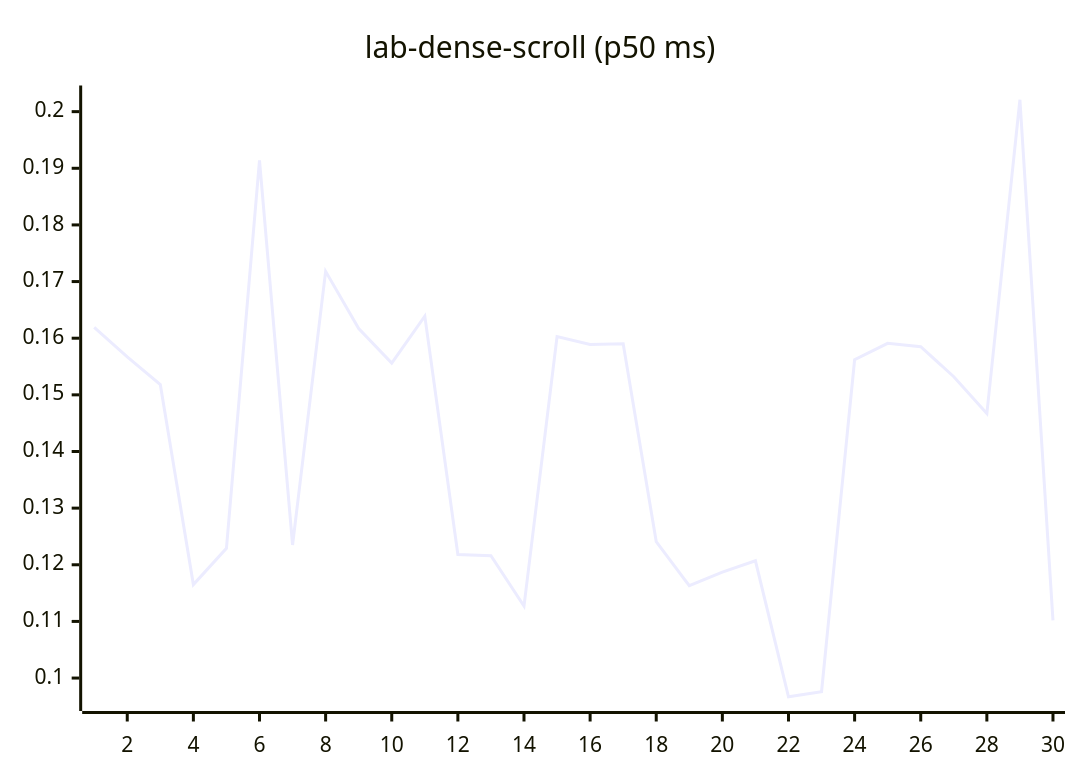
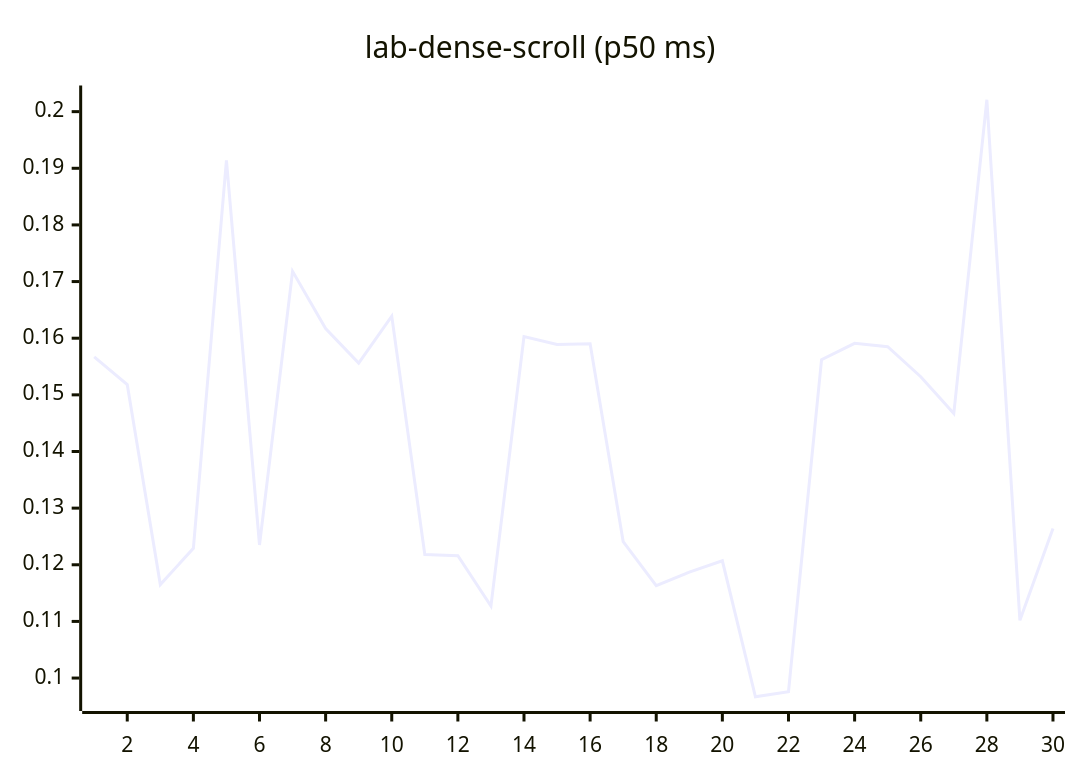
One commit to josha/Facet changed diagram 12 of 27 in README.md. Above: the diagram before and after it, drawn with Mermaid. The commit also changed other lines of this file and 2 other files, not shown here.

````diff
--- a/README.md
+++ b/README.md
@@ -140,6 +140,6 @@
 ```mermaid
 xychart-beta
     title "lab-dense-scroll (p50 ms)"
     x-axis 1 --> 30
-    line [0.1619, 0.1567, 0.1518, 0.1165, 0.1229, 0.1914, 0.1235, 0.1718, 0.1617, 0.1556, 0.1639, 0.1218, 0.1216, 0.1127, 0.1603, 0.1589, 0.1590, 0.1241, 0.1163, 0.1187, 0.1207, 0.0967, 0.0976, 0.1562, 0.1591, 0.1585, 0.1532, 0.1467, 0.2021, 0.1102]
+    line [0.1567, 0.1518, 0.1165, 0.1229, 0.1914, 0.1235, 0.1718, 0.1617, 0.1556, 0.1639, 0.1218, 0.1216, 0.1127, 0.1603, 0.1589, 0.1590, 0.1241, 0.1163, 0.1187, 0.1207, 0.0967, 0.0976, 0.1562, 0.1591, 0.1585, 0.1532, 0.1467, 0.2021, 0.1102, 0.1264]
 ```
````
